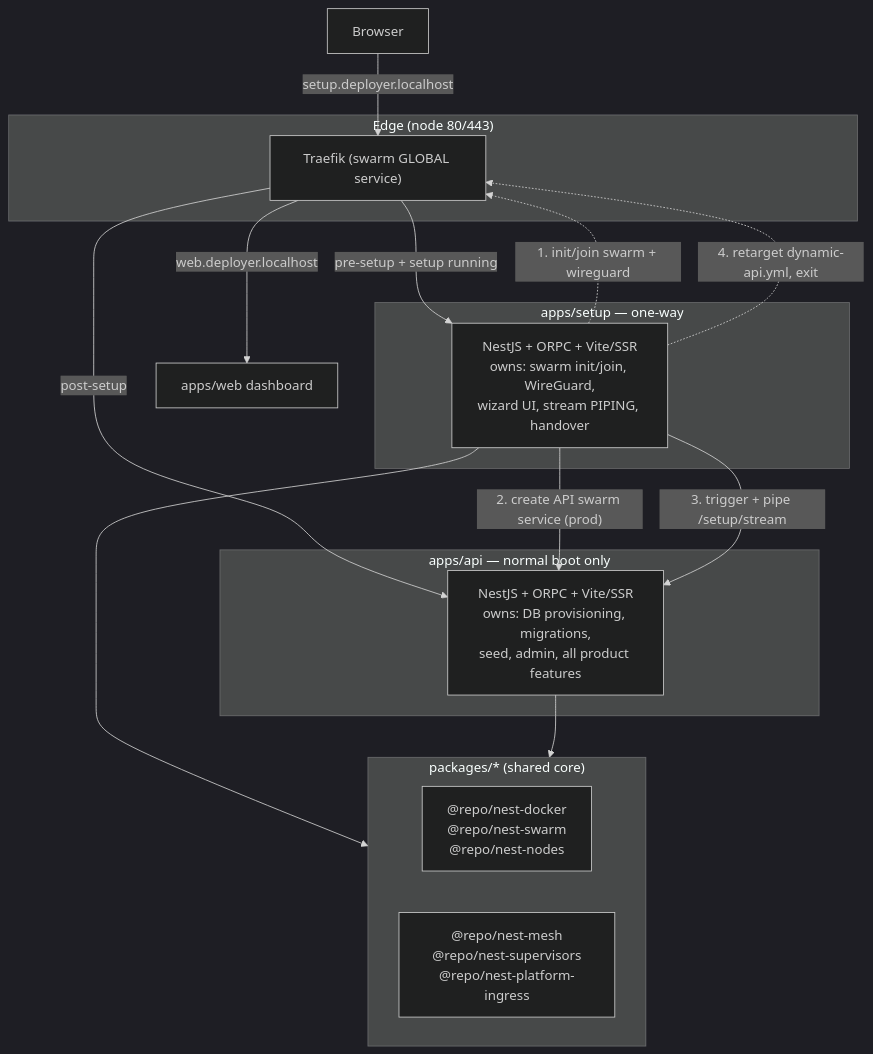
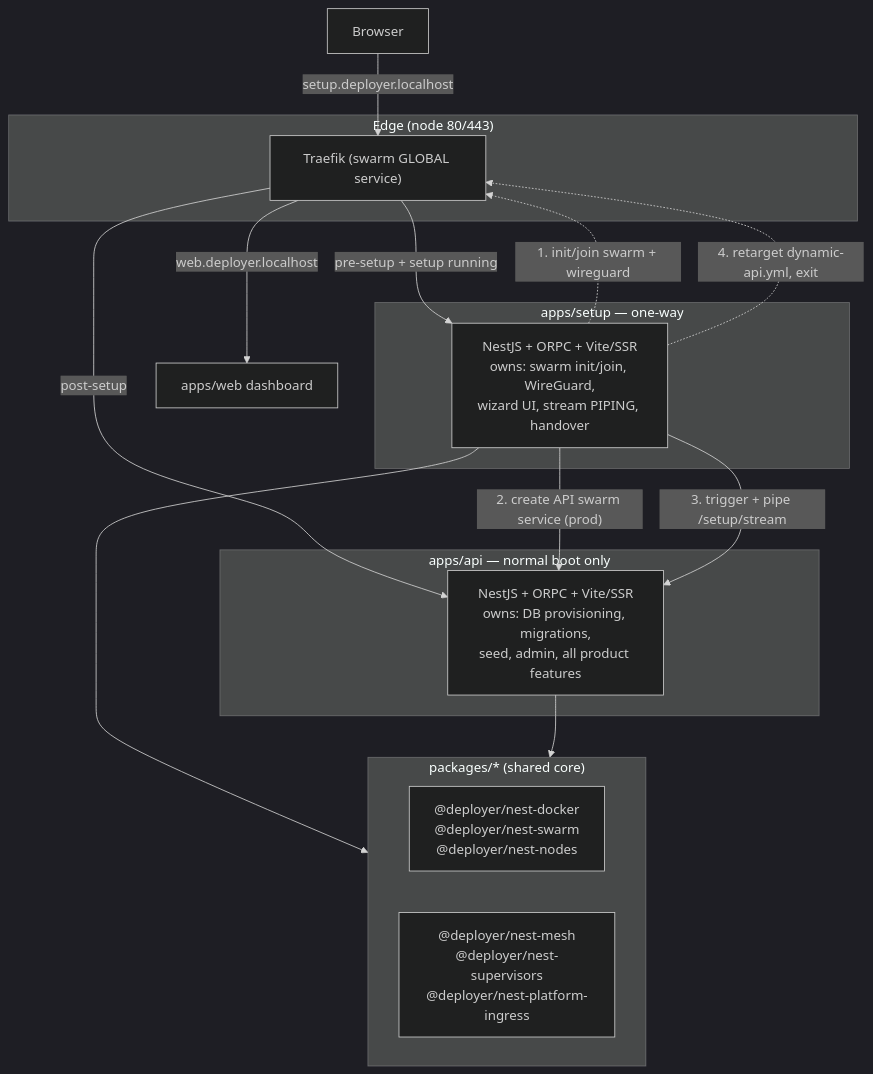
Before and after one commit to N0SAFE/deployer: the first of 6 diagrams in docs/setup-app-refactor-plan.md, drawn with Mermaid (dark theme). The commit also changed other lines of this file and 131 other files, not shown here.

Commit message:
fix(schema): Route every table import to the file that declares it

````diff
--- a/docs/setup-app-refactor-plan.md
+++ b/docs/setup-app-refactor-plan.md
@@ -161,35 +167,35 @@
 ```mermaid
 flowchart TB
   subgraph EDGE["Edge (node 80/443)"]
     TR["Traefik (swarm GLOBAL service)"]
   end
 
   subgraph SETUP["apps/setup — one-way"]
     SU["NestJS + ORPC + Vite/SSR<br/>owns: swarm init/join, WireGuard,<br/>wizard UI, stream PIPING, handover"]
   end
 
   subgraph FULL["apps/api — normal boot only"]
     API["NestJS + ORPC + Vite/SSR<br/>owns: DB provisioning, migrations,<br/>seed, admin, all product features"]
   end
 
   subgraph SHARED["packages/* (shared core)"]
-    P1["@repo/nest-docker<br/>@repo/nest-swarm<br/>@repo/nest-nodes"]
-    P2["@repo/nest-mesh<br/>@repo/nest-supervisors<br/>@repo/nest-platform-ingress"]
+    P1["@deployer/nest-docker<br/>@deployer/nest-swarm<br/>@deployer/nest-nodes"]
+    P2["@deployer/nest-mesh<br/>@deployer/nest-supervisors<br/>@deployer/nest-platform-ingress"]
   end
 
   CLIENT["Browser"]
   WEB["apps/web dashboard"]
 
   CLIENT -->|"setup.deployer.localhost"| TR
   TR -->|"pre-setup + setup running"| SU
   TR -->|"post-setup"| API
   TR -->|"web.deployer.localhost"| WEB
 
   SU -.->|"1. init/join swarm + wireguard"| TR
   SU -->|"2. create API swarm service (prod)"| API
   SU -->|"3. trigger + pipe /setup/stream"| API
   SU -.->|"4. retarget dynamic-api.yml, exit"| TR
 
   SU --> SHARED
   API --> SHARED
 ```
````
